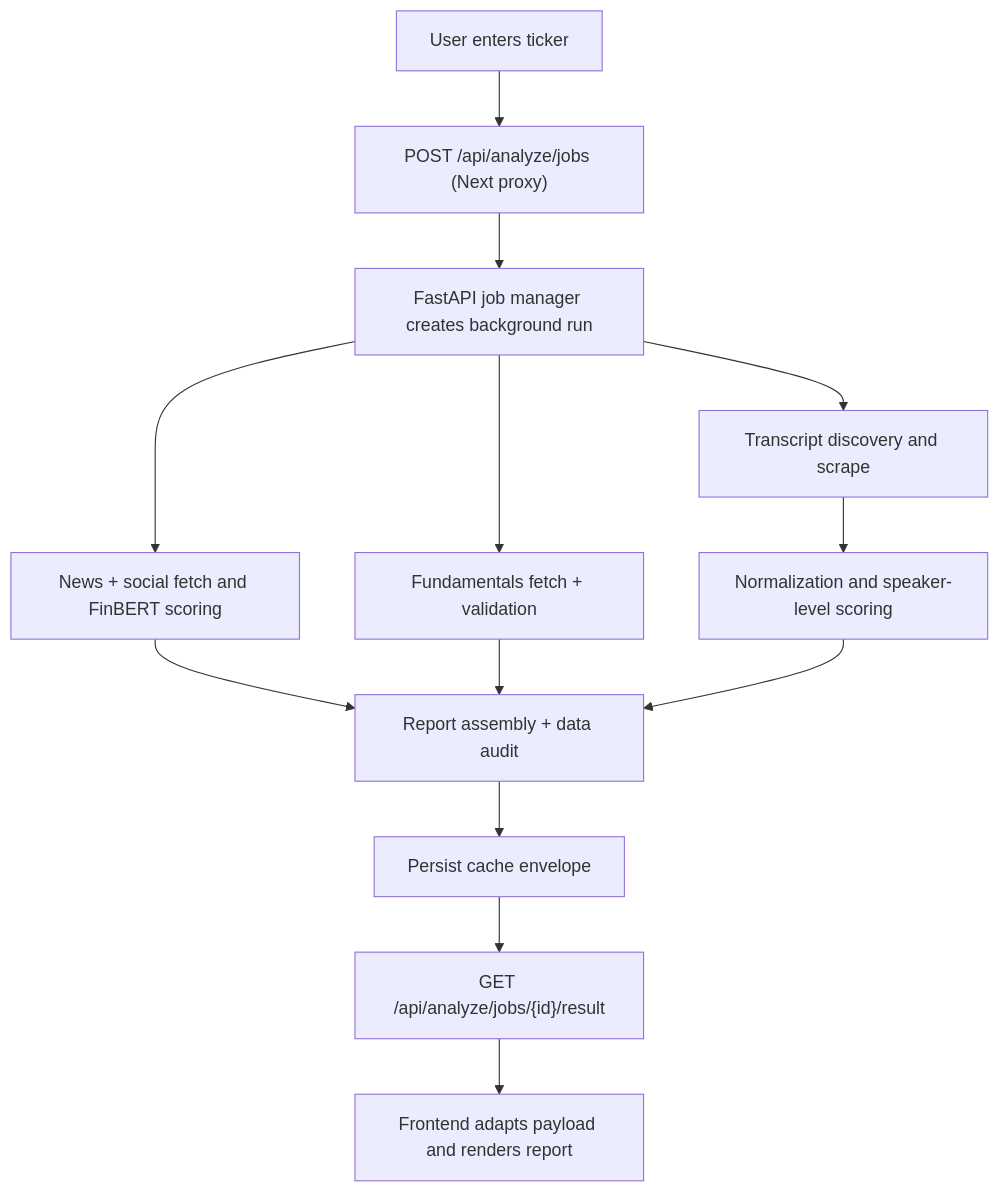
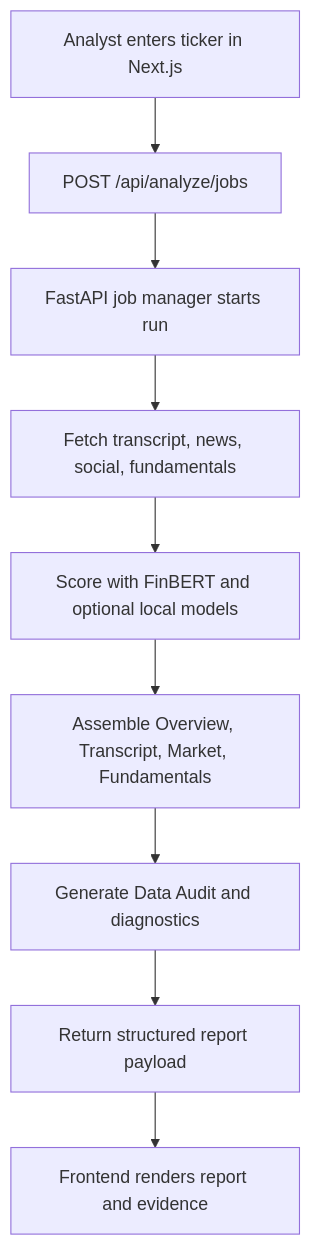
The diagram in docs/project-dossier/05-process-diagram.md (loooukas/Bertfolio), drawn with Mermaid before and after one commit. The commit also changed other lines of this file and 12 other files, not shown here.

````diff
--- a/docs/project-dossier/05-process-diagram.md
+++ b/docs/project-dossier/05-process-diagram.md
@@ -3,15 +3,11 @@
 ```mermaid
 flowchart TD
-  A["User enters ticker"] --> B["POST /api/analyze/jobs (Next proxy)"]
-  B --> C["FastAPI job manager creates background run"]
-  C --> D["News + social fetch and FinBERT scoring"]
-  C --> E["Fundamentals fetch + validation"]
-  C --> F["Transcript discovery and scrape"]
-  F --> G["Normalization and speaker-level scoring"]
-  D --> H["Report assembly + data audit"]
-  E --> H
-  G --> H
-  H --> I["Persist cache envelope"]
-  I --> J["GET /api/analyze/jobs/{id}/result"]
-  J --> K["Frontend adapts payload and renders report"]
+  A["Analyst enters ticker in Next.js"] --> B["POST /api/analyze/jobs"]
+  B --> C["FastAPI job manager starts run"]
+  C --> D["Fetch transcript, news, social, fundamentals"]
+  D --> E["Score with FinBERT and optional local models"]
+  E --> F["Assemble Overview, Transcript, Market, Fundamentals"]
+  F --> G["Generate Data Audit and diagnostics"]
+  G --> H["Return structured report payload"]
+  H --> I["Frontend renders report and evidence"]
 ```
````
